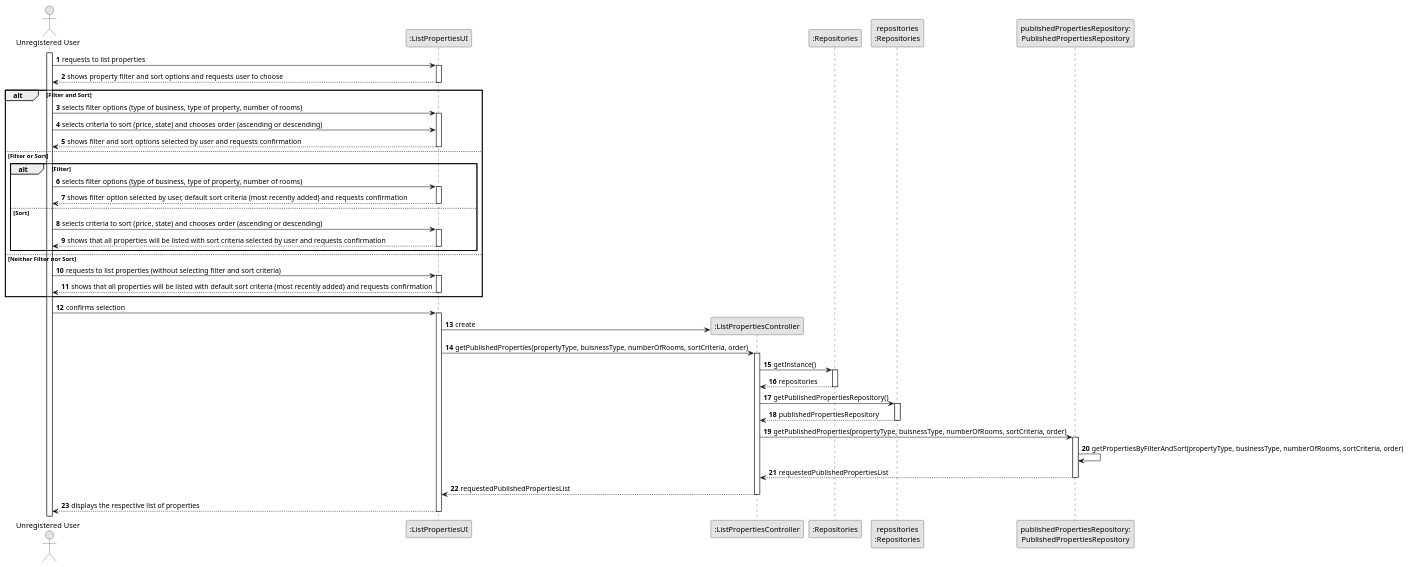
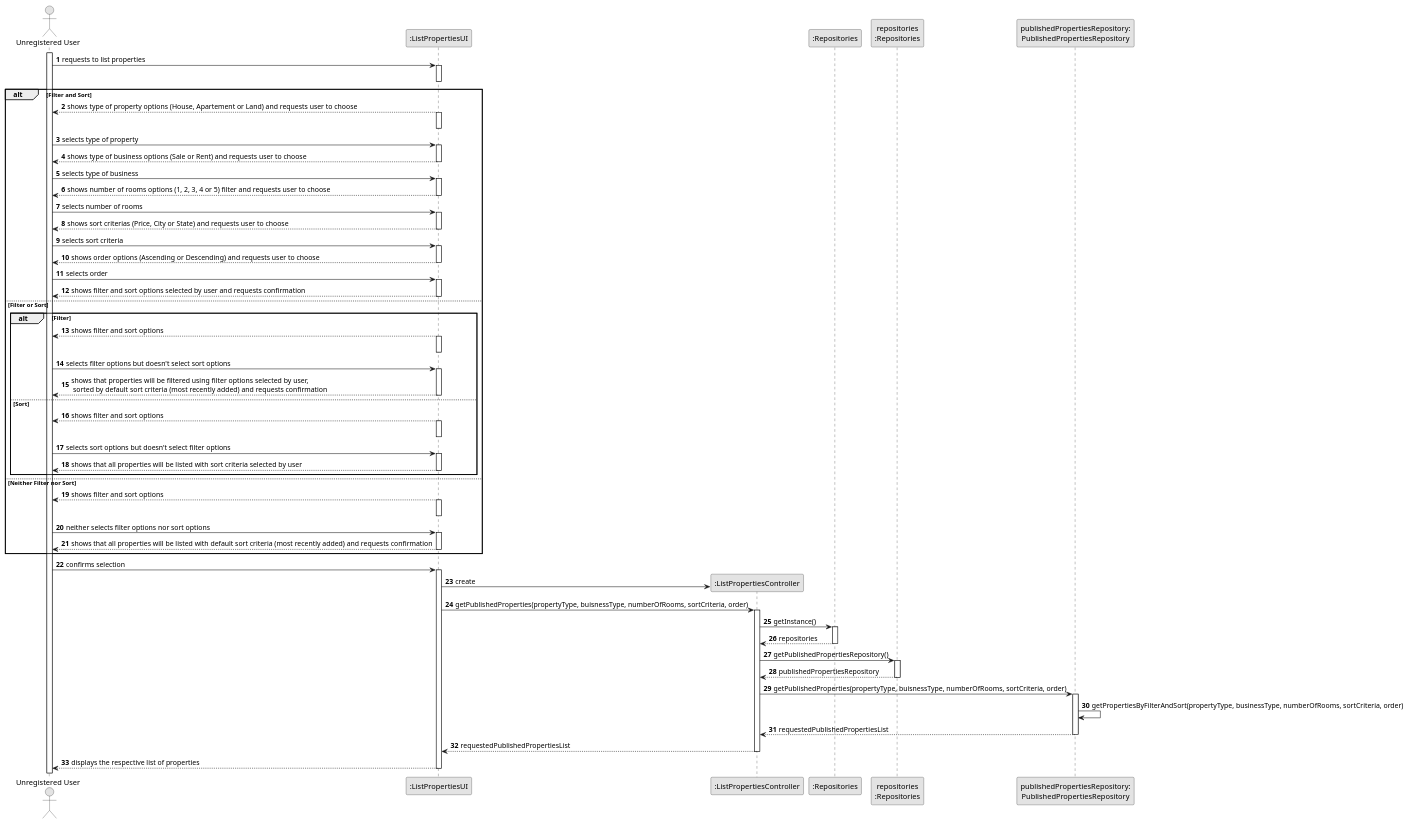
Before and after one commit to Goncalves2525/real-estate-management-system: the diagram in docs/sprintB/us001/03.design/puml/us001-sequence-diagram-full.puml, drawn with PlantUML. The commit also changed 5 other files, not shown here.

```diff
--- a/docs/sprintB/us001/03.design/puml/us001-sequence-diagram-full.puml
+++ b/docs/sprintB/us001/03.design/puml/us001-sequence-diagram-full.puml
@@ -1,101 +1,137 @@
 @startuml
 skinparam monochrome true
 skinparam packageStyle rectangle
 skinparam shadowing false
 
 autonumber
 
 'hide footbox
 actor "Unregistered User" as uUser
 participant ":ListPropertiesUI" as UI
 participant ":ListPropertiesController" as CTRL
 participant ":Repositories" as REPOS
 participant "repositories\n:Repositories" as repos
 participant "publishedPropertiesRepository:\nPublishedPropertiesRepository" as PublishedPropertiesRepository
 
 activate uUser
 
             uUser -> UI : requests to list properties
             activate UI
-
-            UI --> uUser : shows property filter and sort options and requests user to choose
-
             deactivate UI
 
+            alt Filter and Sort
+                UI --> uUser : shows type of property options (House, Apartement or Land) and requests user to choose
+                activate UI
+                deactivate UI
 
-            alt Filter and Sort
-
-                uUser -> UI : selects filter options (type of business, type of property, number of rooms)
+                uUser -> UI : selects type of property
                 activate UI
 
-                uUser -> UI : selects criteria to sort (price, state) and chooses order (ascending or descending)
-                deactivate PublishedPropertiesRepository
+                UI --> uUser : shows type of business options (Sale or Rent) and requests user to choose
+                deactivate UI
 
+                uUser -> UI : selects type of business
+                activate UI
+
+                UI --> uUser : shows number of rooms options (1, 2, 3, 4 or 5) filter and requests user to choose
+                deactivate UI
+
+                uUser -> UI : selects number of rooms
+                activate UI
+
+                UI --> uUser : shows sort criterias (Price, City or State) and requests user to choose
+                deactivate UI
+
+                uUser -> UI : selects sort criteria
+                activate UI
+
+                UI --> uUser : shows order options (Ascending or Descending) and requests user to choose
+                deactivate UI
+
+                uUser -> UI : selects order
+                activate UI
 
                 UI --> uUser : shows filter and sort options selected by user and requests confirmation
                 deactivate UI
 
+
+
             else Filter or Sort
 
                 alt Filter
-                    uUser -> UI : selects filter options (type of business, type of property, number of rooms)
+
+                    UI --> uUser : shows filter and sort options
+                    activate UI
+                    deactivate UI
+
+                    uUser -> UI : selects filter options but doesn't select sort options
                     activate UI
 
-                    UI --> uUser: shows filter option selected by user, default sort criteria (most recently added) and requests confirmation
+                    UI --> uUser: shows that properties will be filtered using filter options selected by user, \n sorted by default sort criteria (most recently added) and requests confirmation
                     deactivate UI
 
                 else Sort
-                    uUser -> UI: selects criteria to sort (price, state) and chooses order (ascending or descending)
+
+                    UI --> uUser : shows filter and sort options
+                    activate UI
+                    deactivate UI
+
+                    uUser -> UI: selects sort options but doesn't select filter options
                     activate UI
 
-                    UI --> uUser : shows that all properties will be listed with sort criteria selected by user and requests confirmation
+                    UI --> uUser : shows that all properties will be listed with sort criteria selected by user
                     deactivate UI
                 end
 
             else Neither Filter nor Sort
-                uUser -> UI : requests to list properties (without selecting filter and sort criteria)
+
+                UI --> uUser : shows filter and sort options
+                activate UI
+                deactivate UI
+
+                uUser -> UI : neither selects filter options nor sort options
                 activate UI
 
                 UI --> uUser : shows that all properties will be listed with default sort criteria (most recently added) and requests confirmation
                 deactivate UI
 
             end
 
             uUser -> UI : confirms selection
             activate UI
 
             UI -> CTRL** : create
             UI -> CTRL : getPublishedProperties(propertyType, buisnessType, numberOfRooms, sortCriteria, order)
 
             activate CTRL
 
             CTRL -> REPOS : getInstance()
             activate REPOS
 
             REPOS --> CTRL: repositories
             deactivate REPOS
 
             CTRL -> repos : getPublishedPropertiesRepository()
             activate repos
 
             repos --> CTRL: publishedPropertiesRepository
             deactivate repos
 
             CTRL -> PublishedPropertiesRepository : getPublishedProperties(propertyType, buisnessType, numberOfRooms, sortCriteria, order)
             activate PublishedPropertiesRepository
 
             PublishedPropertiesRepository -> PublishedPropertiesRepository : getPropertiesByFilterAndSort(propertyType, businessType, numberOfRooms, sortCriteria, order)
 
             PublishedPropertiesRepository --> CTRL : requestedPublishedPropertiesList
             deactivate PublishedPropertiesRepository
 
             CTRL --> UI : requestedPublishedPropertiesList
             deactivate CTRL
 
             UI --> uUser : displays the respective list of properties
             deactivate UI
 
 
 
 
 @enduml
```
